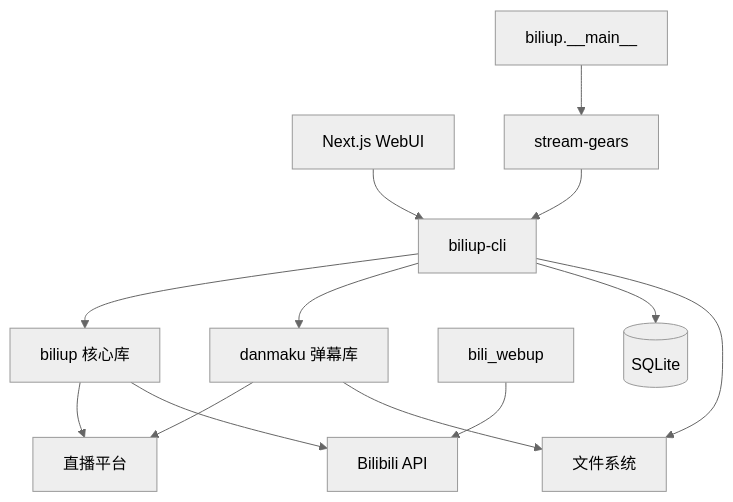
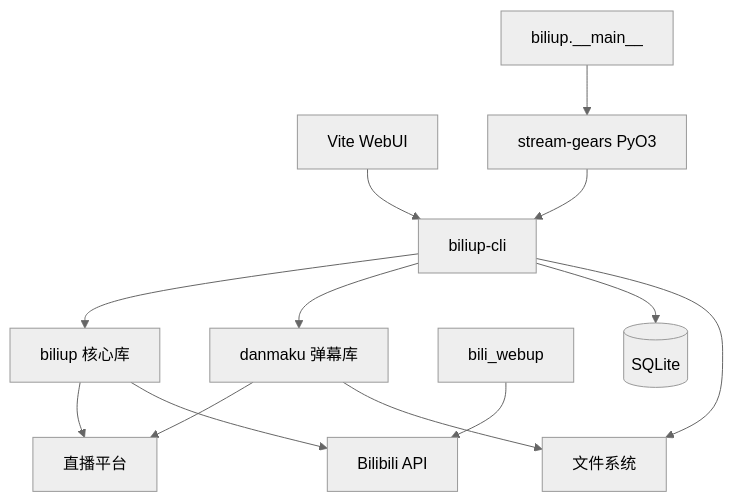
The diagram in docs/guide/introduce/introduce/architecture.md (Aluneu/biliup-docs), drawn with Mermaid (neutral theme) before and after one commit. The commit also changed other lines of this file and 8 other files, not shown here.

````diff
--- a/docs/guide/introduce/introduce/architecture.md
+++ b/docs/guide/introduce/introduce/architecture.md
@@ -9,27 +9,27 @@
 ```mermaid
 graph TB
-    UI[Next.js WebUI]
+    UI[Vite WebUI]
     CLI[biliup-cli]
     CORE[biliup 核心库]
     DANMAKU[danmaku 弹幕库]
-    GEARS[stream-gears]
+    GEARS[stream-gears PyO3]
     PYENTRY[biliup.__main__]
     PYUPLOAD[bili_webup]
     DB[("SQLite")]
     FILES[文件系统]
     BILI[Bilibili API]
     STREAMS[直播平台]
 
     UI --> CLI
     CLI --> CORE
     CLI --> DANMAKU
     CLI --> DB
     CLI --> FILES
     CORE --> STREAMS
     CORE --> BILI
     DANMAKU --> STREAMS
     DANMAKU --> FILES
     GEARS --> CLI
     PYENTRY --> GEARS
     PYUPLOAD --> BILI
 ```
````
